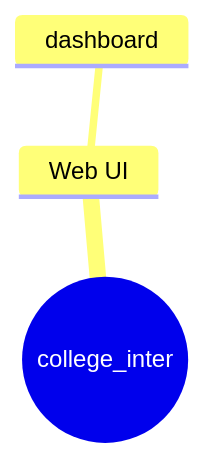
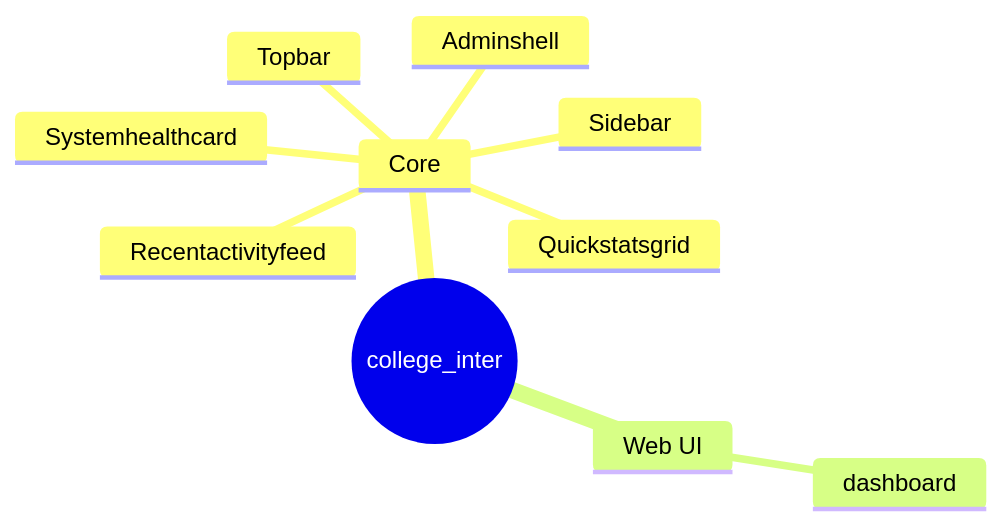
One commit to Punyamittal/college_inter changed the fourth of 4 diagrams in README.md. Above: the diagram before and after it, drawn with Mermaid. The commit also changed other lines of this file, not shown here.

````diff
--- a/README.md
+++ b/README.md
@@ -218,6 +257,13 @@
 ```mermaid
 mindmap
   root((college_inter))
+    Core
+      Quickstatsgrid
+      Recentactivityfeed
+      Systemhealthcard
+      Adminshell
+      Sidebar
+      Topbar
     Web UI
       dashboard
 ```
````
